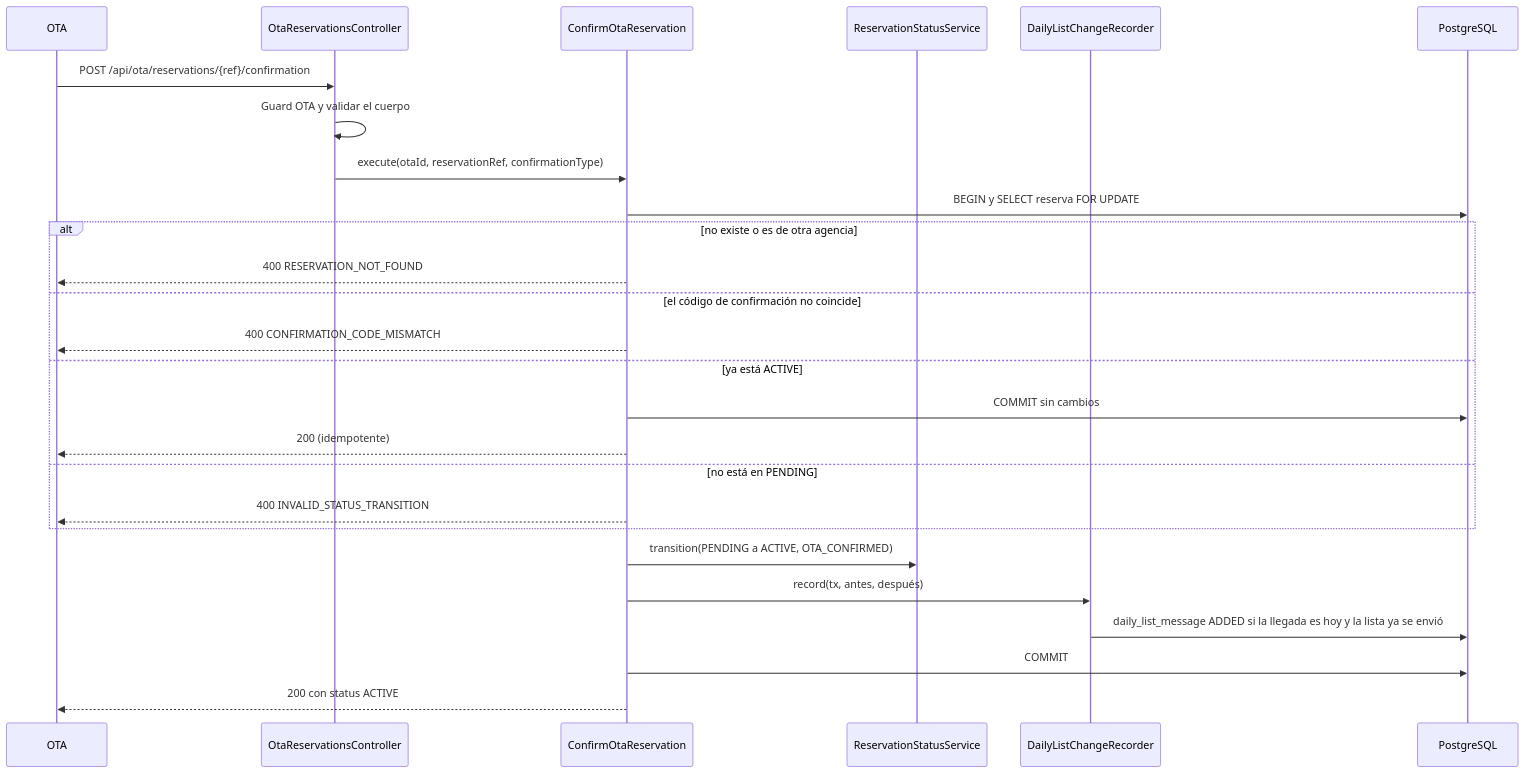
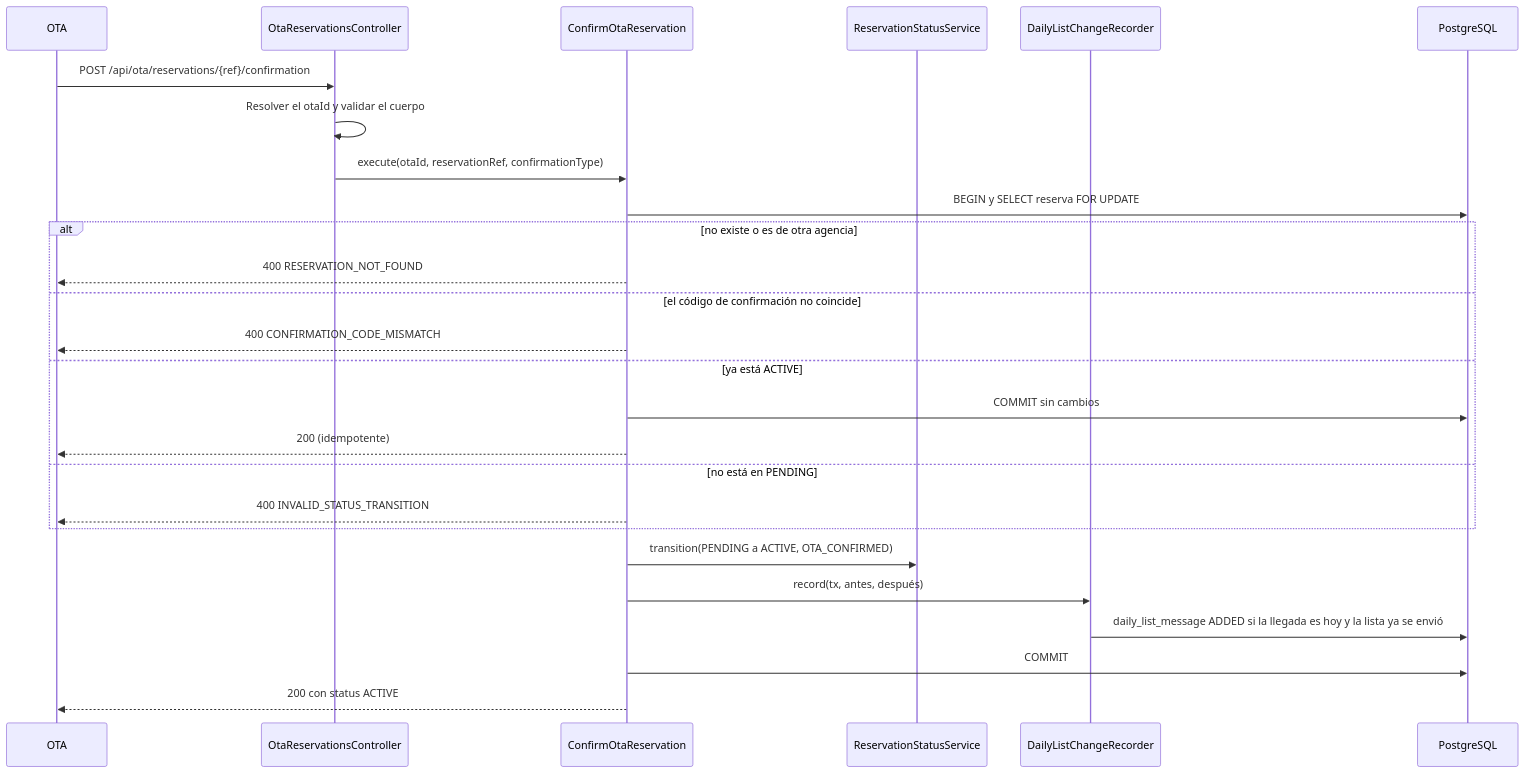
The third of 3 diagrams in specs/generate-ota-reservation/plan.md (Lapicero312-lapi/HOSPITUA-MOD-2), drawn with Mermaid before and after one commit. The commit also changed other lines of this file and 16 other files, not shown here.

````diff
--- a/specs/generate-ota-reservation/plan.md
+++ b/specs/generate-ota-reservation/plan.md
@@ -280,29 +279,29 @@
 ```mermaid
 sequenceDiagram
     participant O as OTA
     participant C as OtaReservationsController
     participant U as ConfirmOtaReservation
     participant S as ReservationStatusService
     participant L as DailyListChangeRecorder
     participant DB as PostgreSQL
 
     O->>C: POST /api/ota/reservations/{ref}/confirmation
-    C->>C: Guard OTA y validar el cuerpo
+    C->>C: Resolver el otaId y validar el cuerpo
     C->>U: execute(otaId, reservationRef, confirmationType)
     U->>DB: BEGIN y SELECT reserva FOR UPDATE
     alt no existe o es de otra agencia
         U-->>O: 400 RESERVATION_NOT_FOUND
     else el código de confirmación no coincide
         U-->>O: 400 CONFIRMATION_CODE_MISMATCH
     else ya está ACTIVE
         U->>DB: COMMIT sin cambios
         U-->>O: 200 (idempotente)
     else no está en PENDING
         U-->>O: 400 INVALID_STATUS_TRANSITION
     end
     U->>S: transition(PENDING a ACTIVE, OTA_CONFIRMED)
     U->>L: record(tx, antes, después)
     L->>DB: daily_list_message ADDED si la llegada es hoy y la lista ya se envió
     U->>DB: COMMIT
     U-->>O: 200 con status ACTIVE
 ```
````
